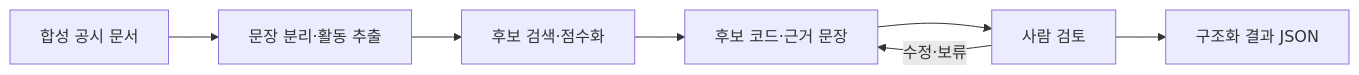
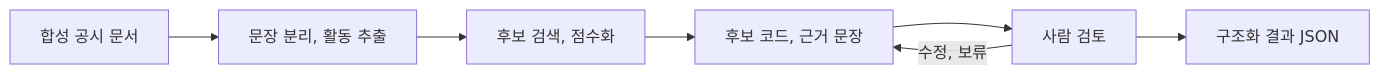
One commit to kjj403/public-filing-industry-agent-demo changed the diagram in README.md. Above: the diagram before and after it, drawn with Mermaid. The commit also changed other lines of this file, not shown here.

Commit message:
에프앤가이드 AI팀 제출용 설명과 공개 범위 정리

````diff
--- a/README.md
+++ b/README.md
@@ -23,9 +25,9 @@
 ```mermaid
 flowchart LR
-    A["합성 공시 문서"] --> B["문장 분리·활동 추출"]
-    B --> C["후보 검색·점수화"]
-    C --> D["후보 코드·근거 문장"]
+    A["합성 공시 문서"] --> B["문장 분리, 활동 추출"]
+    B --> C["후보 검색, 점수화"]
+    C --> D["후보 코드, 근거 문장"]
     D --> E["사람 검토"]
     E --> F["구조화 결과 JSON"]
-    E -->|수정·보류| D
+    E -->|수정, 보류| D
 ```
````
